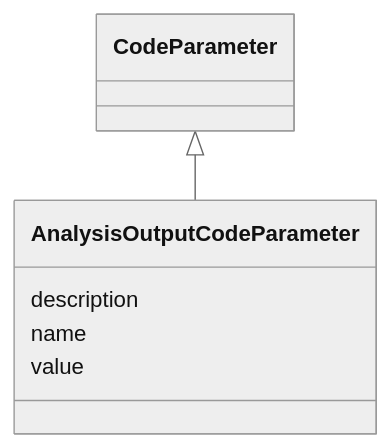
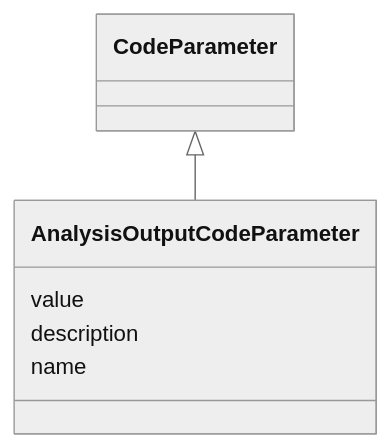
One commit to cdisc-org/analysis-results-standard changed the diagram in project/docs/AnalysisOutputCodeParameter.md. Above: the diagram before and after it, drawn with Mermaid (neutral theme). The commit also changed other lines of this file and 192 other files, not shown here.

````diff
--- a/project/docs/AnalysisOutputCodeParameter.md
+++ b/project/docs/AnalysisOutputCodeParameter.md
@@ -15,13 +13,10 @@
 ```mermaid
  classDiagram
     class AnalysisOutputCodeParameter
       CodeParameter <|-- AnalysisOutputCodeParameter
-      
-      AnalysisOutputCodeParameter : description
+
+      AnalysisOutputCodeParameter : value
+        AnalysisOutputCodeParameter : description
+        AnalysisOutputCodeParameter : name
         
-      AnalysisOutputCodeParameter : name
-        
-      AnalysisOutputCodeParameter : value
-        
-      
 ```
````
